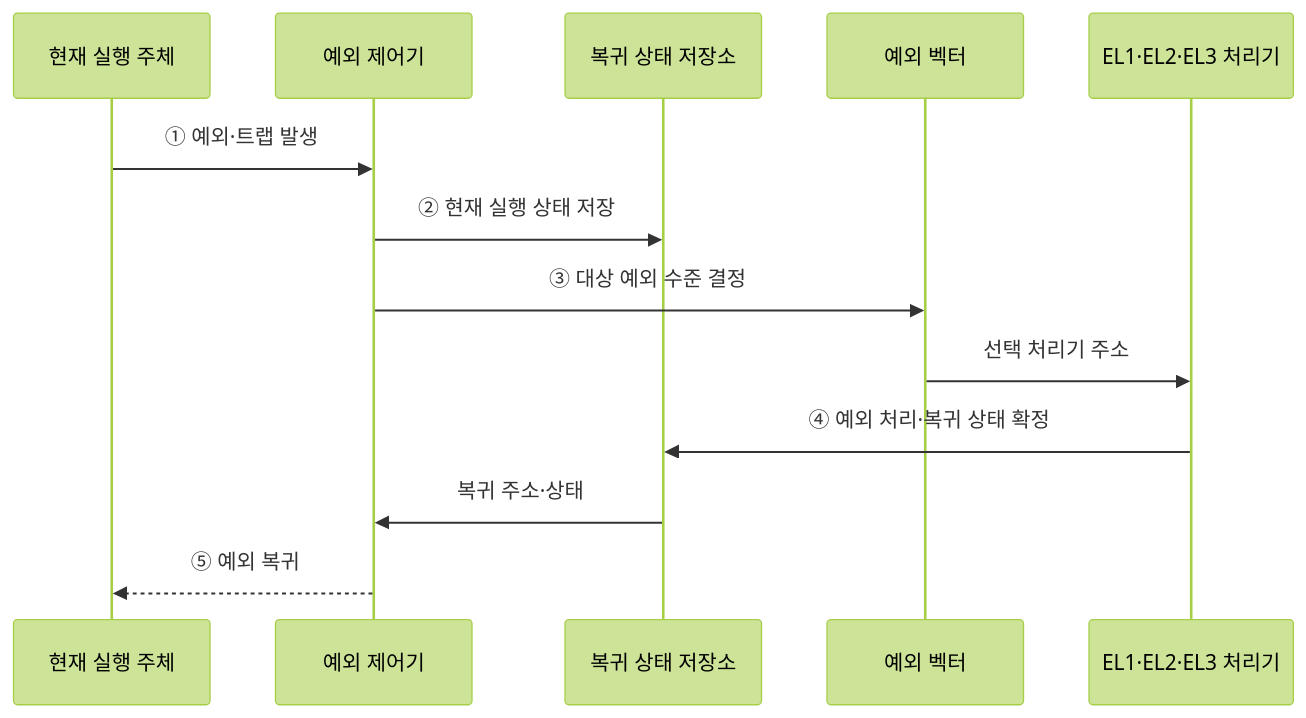
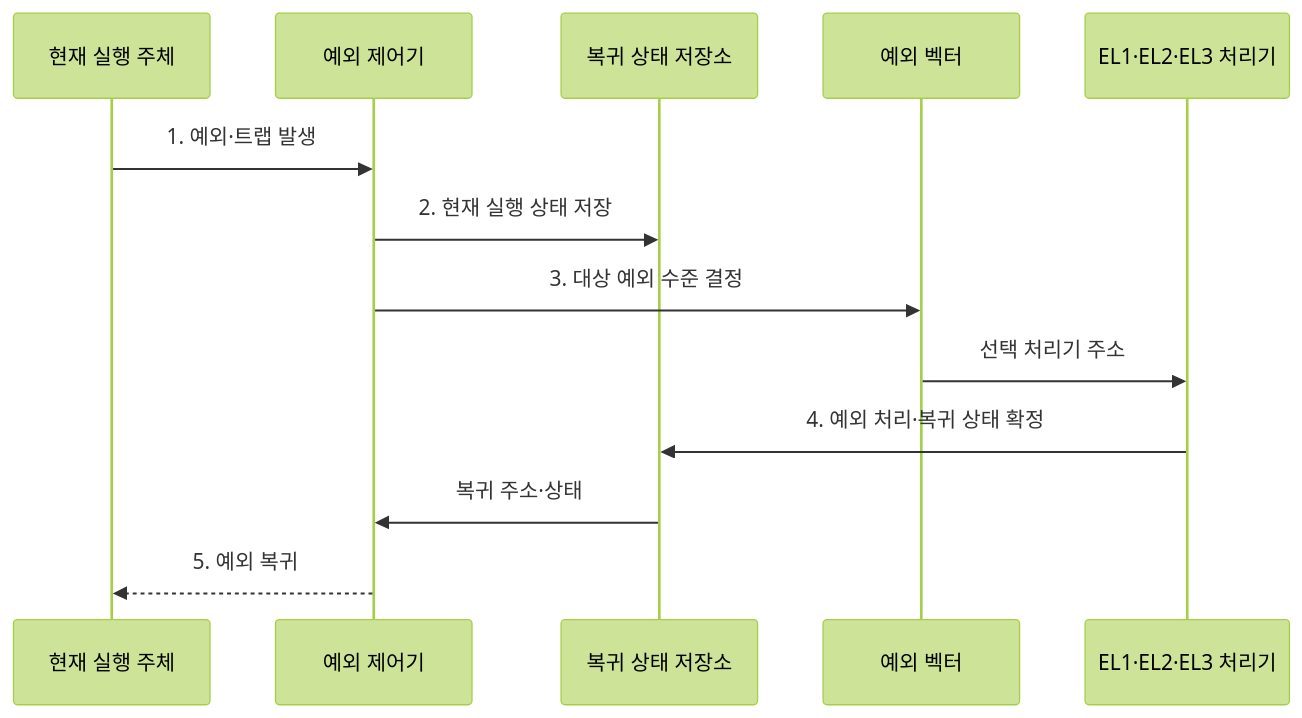
Before and after one commit to agnusdei1207/knowledge-base: the second of 2 diagrams in src/content/docs/notes/02-hardware/005_arm_architecture.md, drawn with Mermaid (forest theme). The commit also changed other lines of this file and 20 other files, not shown here.

````diff
--- a/src/content/docs/notes/02-hardware/005_arm_architecture.md
+++ b/src/content/docs/notes/02-hardware/005_arm_architecture.md
@@ -82,15 +86,15 @@
 ```mermaid
 sequenceDiagram
     participant Q as 현재 실행 주체
     participant C as 예외 제어기
     participant S as 복귀 상태 저장소
     participant V as 예외 벡터
     participant H as EL1·EL2·EL3 처리기
-    Q->>C: ① 예외·트랩 발생
-    C->>S: ② 현재 실행 상태 저장
-    C->>V: ③ 대상 예외 수준 결정
+    Q->>C: 1. 예외·트랩 발생
+    C->>S: 2. 현재 실행 상태 저장
+    C->>V: 3. 대상 예외 수준 결정
     V->>H: 선택 처리기 주소
-    H->>S: ④ 예외 처리·복귀 상태 확정
+    H->>S: 4. 예외 처리·복귀 상태 확정
     S->>C: 복귀 주소·상태
-    C-->>Q: ⑤ 예외 복귀
+    C-->>Q: 5. 예외 복귀
 ```
````
